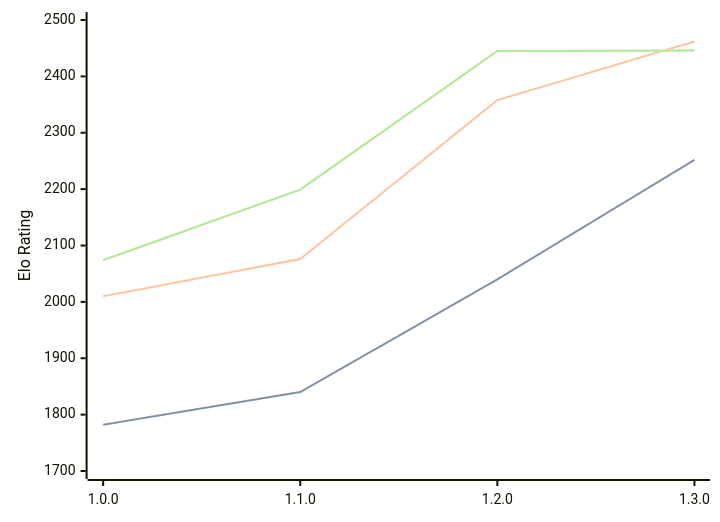
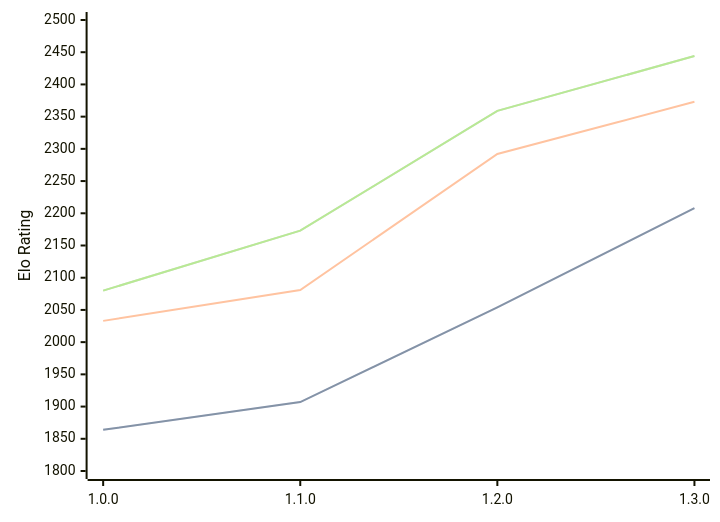
Before and after one commit to computer-chess-index/cci: the diagram in engines/Anodos.md, drawn with Mermaid. The commit also changed other lines of this file, not shown here.

Commit message:
Update CCI Ratings (ELO VLTC) - 2026-02-24

````diff
--- a/engines/Anodos.md
+++ b/engines/Anodos.md
@@ -42,11 +42,11 @@
 ```mermaid
 %%{init: {"theme":"base","themeVariables":{"seriesColors:['#a3a3a3','#222221','#faa371']}}}%%
 xychart-beta
   x-axis ["1.0.0", "1.1.0", "1.2.0", "1.3.0"]
-  y-axis "Elo Rating" 1700 --> 2500
-  line "STC (8.0+0.08s)" [1782, 1840, 2040, 2252]
-  line "STC (8.0+0.08s)" [1782, 1840, 2040, 2252]
-  line "LTC (60.0+0.60s)" [2010, 2076, 2358, 2462]
-  line "VLTC (2m24s+1.12s)" [2074, 2199, 2445, 2446]
-  line "VLTC (2m24s+1.12s)" [2074, 2199, 2445, 2446]
+  y-axis "Elo Rating" 1800 --> 2500
+  line "STC (8.0+0.08s)" [1864, 1907, 2054, 2208]
+  line "STC (8.0+0.08s)" [1864, 1907, 2054, 2208]
+  line "LTC (60.0+0.60s)" [2033, 2081, 2292, 2373]
+  line "VLTC (2m24s+1.12s)" [2080, 2173, 2359, 2444]
+  line "VLTC (2m24s+1.12s)" [2080, 2173, 2359, 2444]
 ```
````
